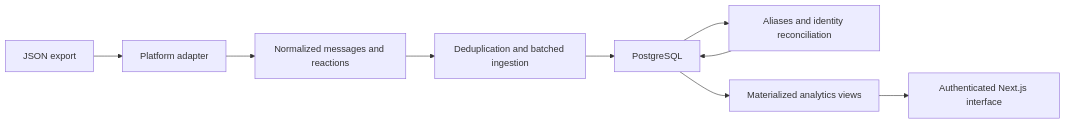
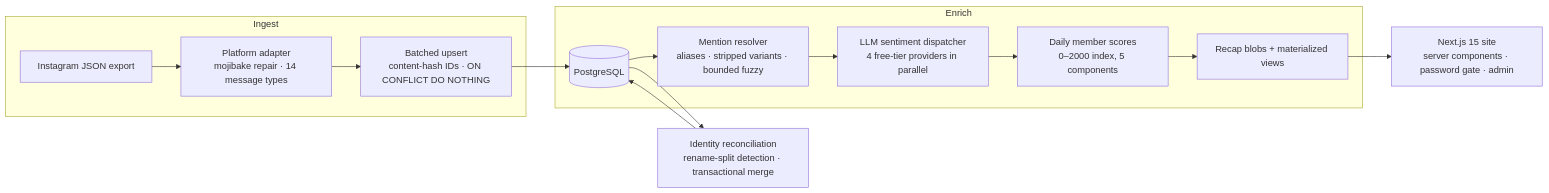
The diagram in README.md (Tahmudun/groupchat-analytics-engine), drawn with Mermaid before and after one commit. The commit also changed other lines of this file and 289 other files, not shown here.

First line of the commit message:
Publish the engine: ingestion, identity reconciliation, LLM sentiment, scoring, synthetic demo

````diff
--- a/README.md
+++ b/README.md
@@ -15,11 +25,17 @@
 ```mermaid
 flowchart LR
-    A[JSON export] --> B[Platform adapter]
-    B --> C[Normalized messages and reactions]
-    C --> D[Deduplication and batched ingestion]
-    D --> E[PostgreSQL]
-    E --> F[Aliases and identity reconciliation]
-    F --> E
-    E --> G[Materialized analytics views]
-    G --> H[Authenticated Next.js interface]
+    subgraph Ingest
+      A[Instagram JSON export] --> B[Platform adapter<br/>mojibake repair · 14 message types]
+      B --> C[Batched upsert<br/>content-hash IDs · ON CONFLICT DO NOTHING]
+    end
+    C --> D[(PostgreSQL)]
+    subgraph Enrich
+      D --> E[Mention resolver<br/>aliases · stripped variants · bounded fuzzy]
+      E --> F[LLM sentiment dispatcher<br/>4 free-tier providers in parallel]
+      F --> G[Daily member scores<br/>0–2000 index, 5 components]
+      G --> H[Recap blobs + materialized views]
+    end
+    D --> I[Identity reconciliation<br/>rename-split detection · transactional merge]
+    I --> D
+    H --> J[Next.js 15 site<br/>server components · password gate · admin]
 ```
````
